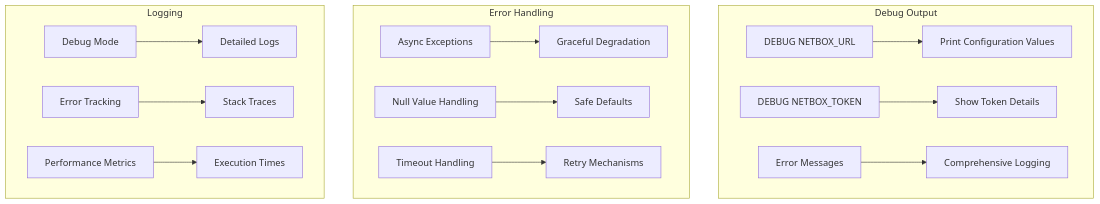
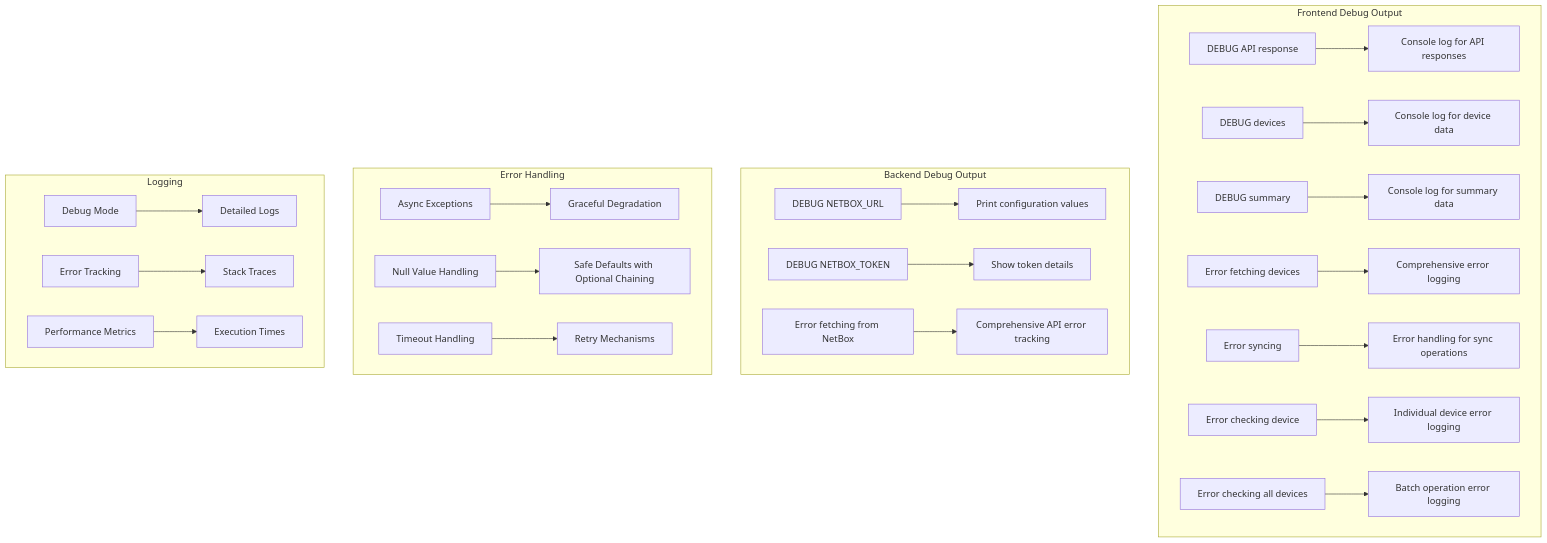
The eighth of 8 diagrams in .qoder/repowiki/en/content/Plugin System Architecture/Built-in Plugins Overview/Network Status Plugin.md (Nikita5543/New-SSO-02), drawn with Mermaid before and after one commit. The commit also changed other lines of this file and 7 other files, not shown here.

````diff
--- a/.qoder/repowiki/en/content/Plugin System Architecture/Built-in Plugins Overview/Network Status Plugin.md
+++ b/.qoder/repowiki/en/content/Plugin System Architecture/Built-in Plugins Overview/Network Status Plugin.md
@@ -400,18 +404,27 @@
 ```mermaid
 graph TB
-subgraph "Debug Output"
-A[DEBUG NETBOX_URL] --> B[Print Configuration Values]
-C[DEBUG NETBOX_TOKEN] --> D[Show Token Details]
-E[Error Messages] --> F[Comprehensive Logging]
+subgraph "Frontend Debug Output"
+A[DEBUG API response] --> B[Console log for API responses]
+C[DEBUG devices] --> D[Console log for device data]
+E[DEBUG summary] --> F[Console log for summary data]
+G[Error fetching devices] --> H[Comprehensive error logging]
+I[Error syncing] --> J[Error handling for sync operations]
+K[Error checking device] --> L[Individual device error logging]
+M[Error checking all devices] --> N[Batch operation error logging]
+end
+subgraph "Backend Debug Output"
+O[DEBUG NETBOX_URL] --> P[Print configuration values]
+Q[DEBUG NETBOX_TOKEN] --> R[Show token details]
+S[Error fetching from NetBox] --> T[Comprehensive API error tracking]
 end
 subgraph "Error Handling"
-G[Async Exceptions] --> H[Graceful Degradation]
-I[Null Value Handling] --> J[Safe Defaults]
-K[Timeout Handling] --> L[Retry Mechanisms]
+U[Async Exceptions] --> V[Graceful Degradation]
+W[Null Value Handling] --> X[Safe Defaults with Optional Chaining]
+Y[Timeout Handling] --> Z[Retry Mechanisms]
 end
 subgraph "Logging"
-M[Debug Mode] --> N[Detailed Logs]
-O[Error Tracking] --> P[Stack Traces]
-Q[Performance Metrics] --> R[Execution Times]
+AA[Debug Mode] --> AB[Detailed Logs]
+AC[Error Tracking] --> AD[Stack Traces]
+AE[Performance Metrics] --> AF[Execution Times]
 end
 ```
````
